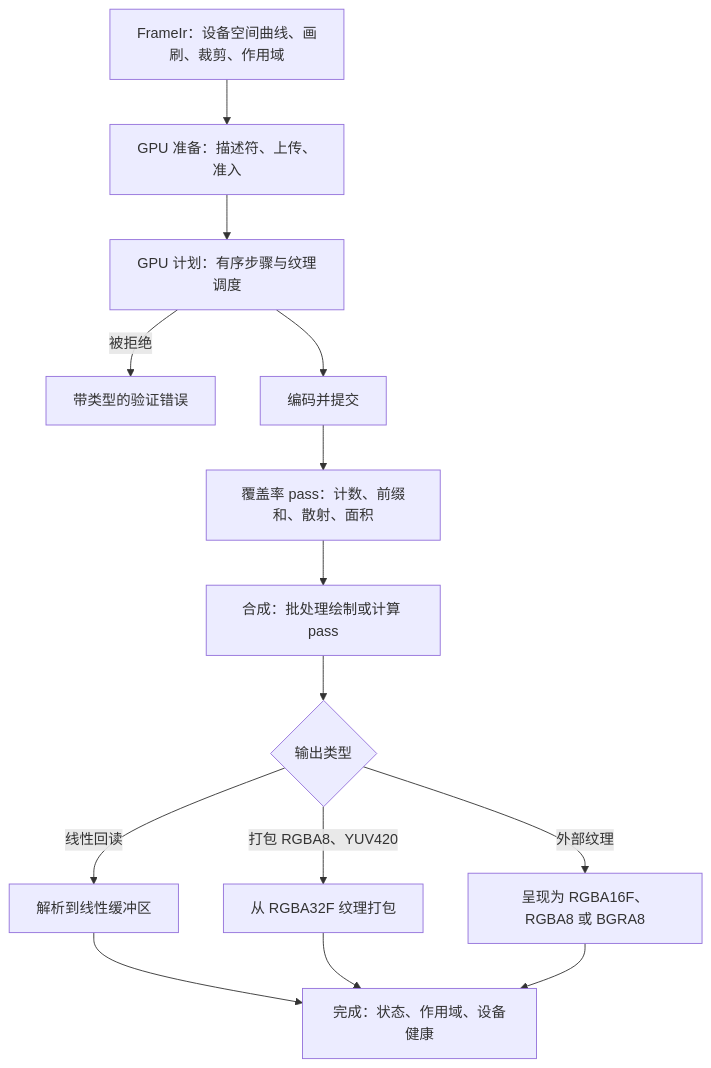
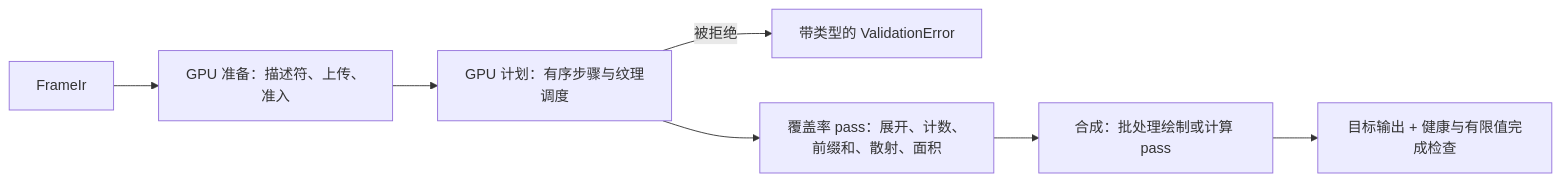
One commit to motion-rs/motion-rs changed the fourth of 8 diagrams in docs/zh-CN/design/rendering.md. Above: the diagram before and after it, drawn with Mermaid. The commit also changed other lines of this file and 43 other files, not shown here.

````diff
--- a/docs/zh-CN/design/rendering.md
+++ b/docs/zh-CN/design/rendering.md
@@ -307,16 +235,9 @@
 ```mermaid
-flowchart TD
-    IR["FrameIr：设备空间曲线、画刷、裁剪、作用域"] --> Prep["GPU 准备：描述符、上传、准入"]
+flowchart LR
+    IR["FrameIr"] --> Prep["GPU 准备：描述符、上传、准入"]
     Prep --> Plan["GPU 计划：有序步骤与纹理调度"]
-    Plan -->|被拒绝| Err["带类型的验证错误"]
-    Plan --> Submit["编码并提交"]
-    Submit --> Cov["覆盖率 pass：计数、前缀和、散射、面积"]
+    Plan -->|被拒绝| Err["带类型的 ValidationError"]
+    Plan --> Cov["覆盖率 pass：展开、计数、前缀和、散射、面积"]
     Cov --> Comp["合成：批处理绘制或计算 pass"]
-    Comp --> Out{"输出类型"}
-    Out -->|线性回读| Lin["解析到线性缓冲区"]
-    Out -->|打包 RGBA8、YUV420| Pack["从 RGBA32F 纹理打包"]
-    Out -->|外部纹理| Pres["呈现为 RGBA16F、RGBA8 或 BGRA8"]
-    Lin --> Done["完成：状态、作用域、设备健康"]
-    Pack --> Done
-    Pres --> Done
+    Comp --> Out["目标输出 + 健康与有限值完成检查"]
 ```
````
